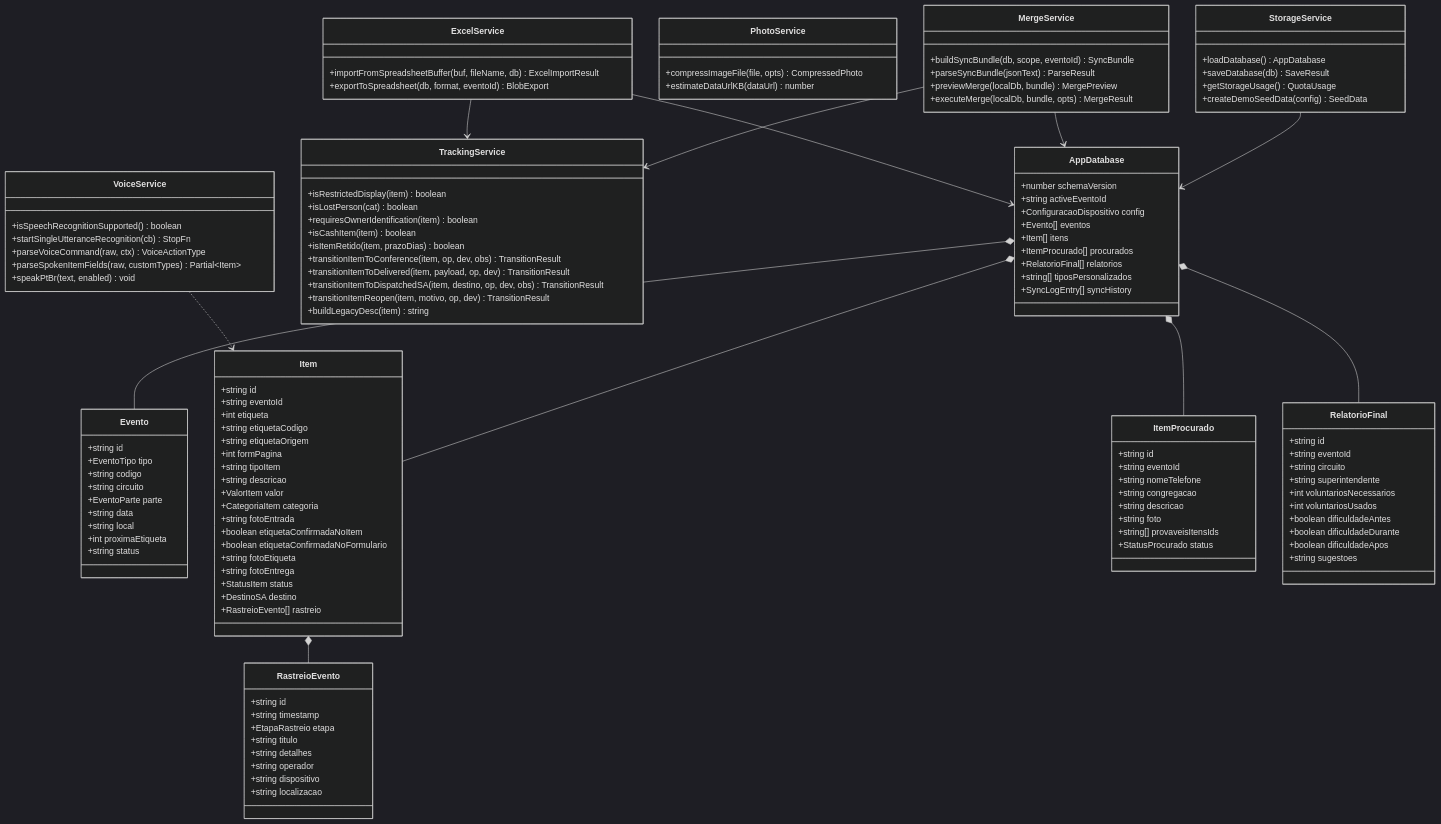
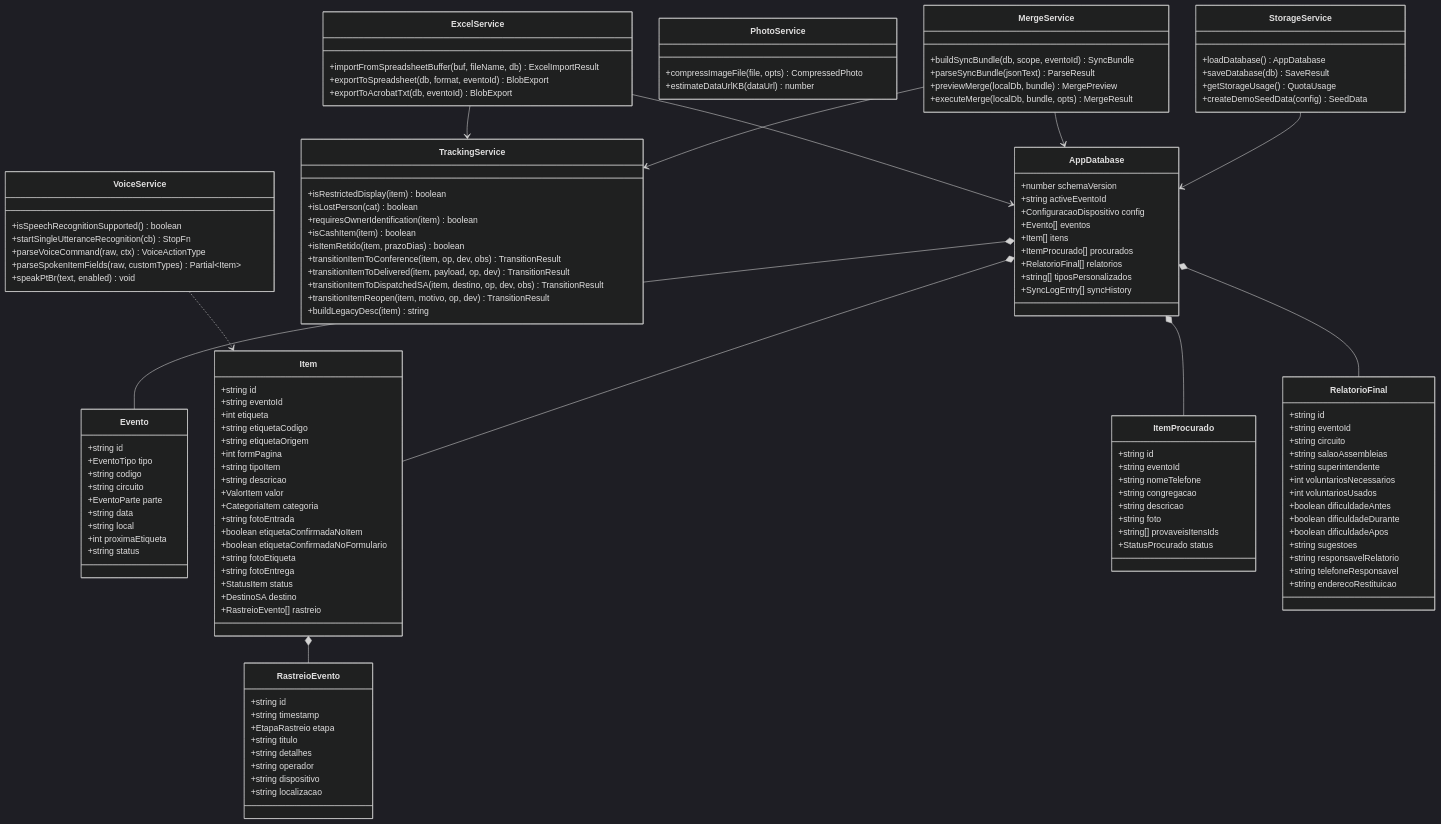
One commit to EliezerRosa/assembleia-perdidos-achados-pwa changed the second of 10 diagrams in docs/UML.md. Above: the diagram before and after it, drawn with Mermaid (dark theme). The commit also changed other lines of this file and 5 other files, not shown here.

Commit message:
docs: atualizar MER, UML e explorador grafico com ANEXO 1 (15l), PA.txt, trava Abrir/Fechar, 5 secoes e Reverter Despacho 7d

```diff
--- a/docs/UML.md
+++ b/docs/UML.md
@@ -142,6 +142,7 @@
       +string id
       +string eventoId
       +string circuito
+      +string salaoAssembleias
       +string superintendente
       +int voluntariosNecessarios
       +int voluntariosUsados
@@ -149,6 +150,9 @@
       +boolean dificuldadeDurante
       +boolean dificuldadeApos
       +string sugestoes
+      +string responsavelRelatorio
+      +string telefoneResponsavel
+      +string enderecoRestituicao
     }
 
     class StorageService {
@@ -186,6 +190,7 @@
     class ExcelService {
       +importFromSpreadsheetBuffer(buf, fileName, db) ExcelImportResult
       +exportToSpreadsheet(db, format, eventoId) BlobExport
+      +exportToAcrobatTxt(db, eventoId) BlobExport
     }
 
     class VoiceService {
```
